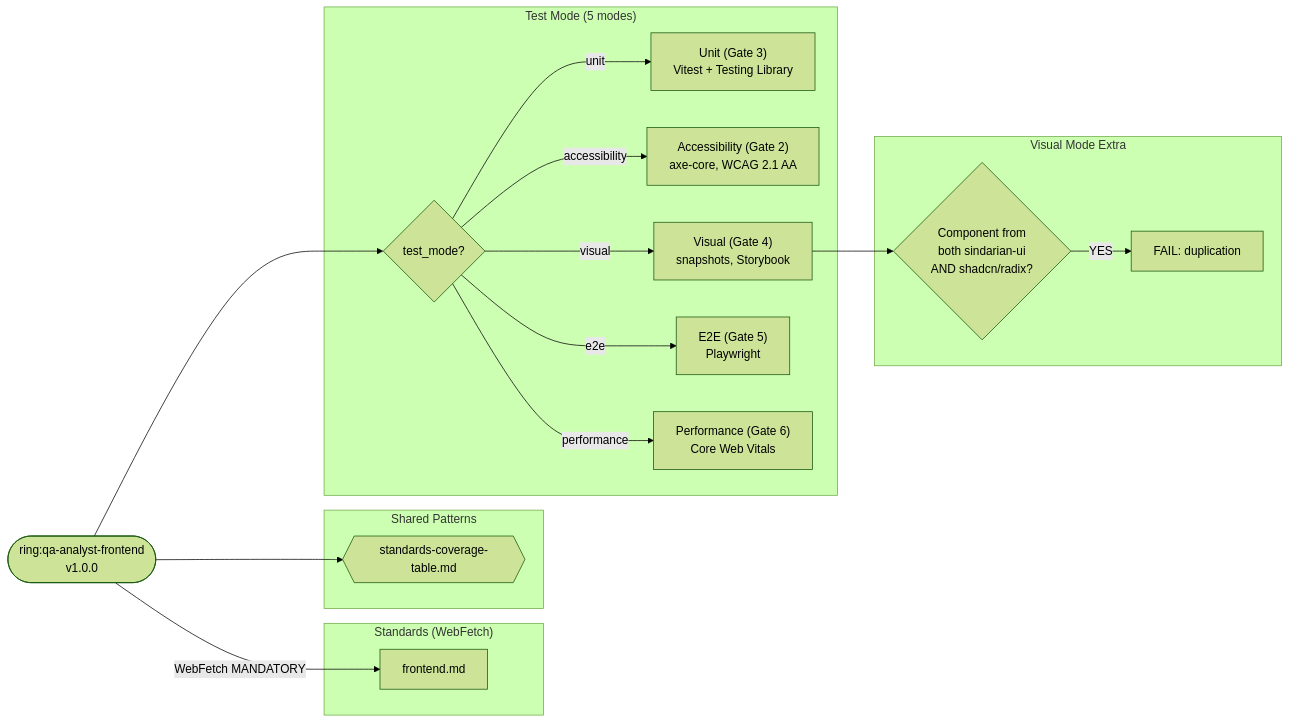
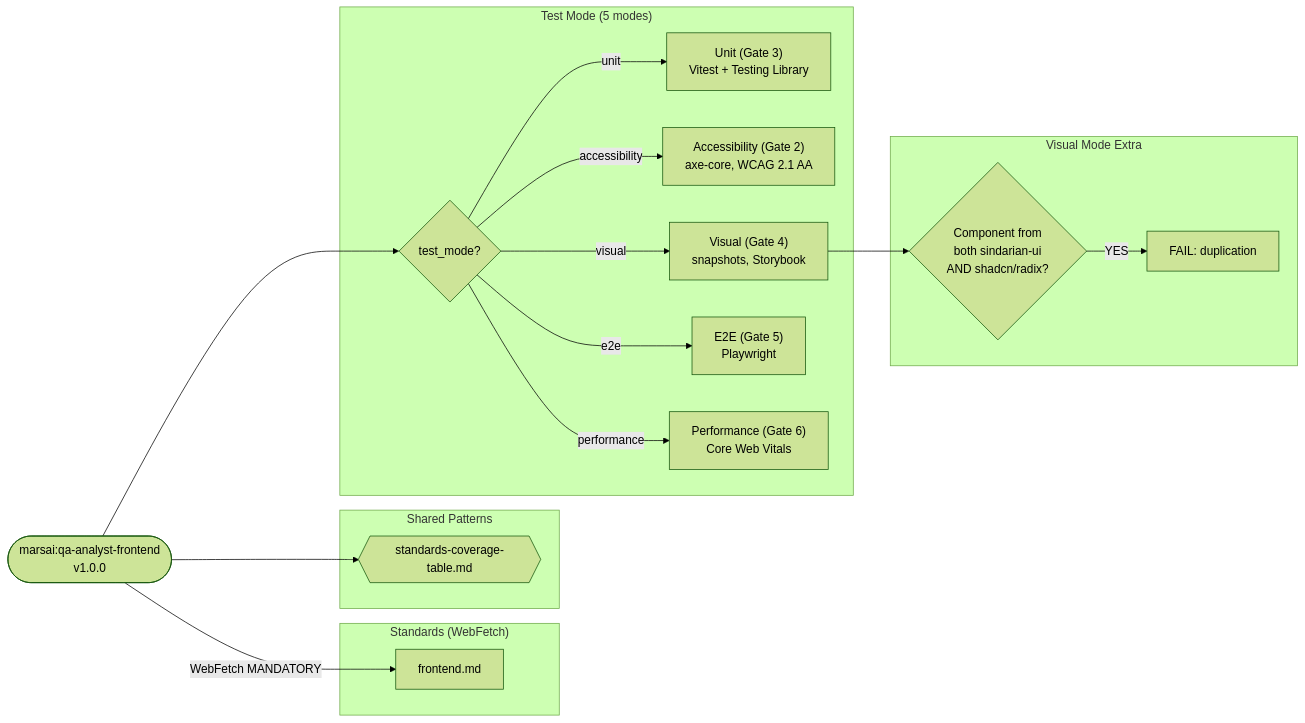
Before and after one commit to rodrigodh/ring: diagram 11 of 21 in dev-team/docs/dependency-diagrams.md, drawn with Mermaid (forest theme). The commit also changed other lines of this file and 203 other files, not shown here.

````diff
--- a/dev-team/docs/dependency-diagrams.md
+++ b/dev-team/docs/dependency-diagrams.md
@@ -519,37 +519,37 @@
 ```mermaid
 flowchart LR
-    agent(["ring:qa-analyst-frontend<br/>v1.0.0"])
+    agent(["marsai:qa-analyst-frontend<br/>v1.0.0"])
 
     subgraph Standards["Standards (WebFetch)"]
         fe["frontend.md"]
     end
 
     subgraph SharedPatterns["Shared Patterns"]
         sct{{"standards-coverage-table.md"}}
     end
 
     subgraph TestModes["Test Mode (5 modes)"]
         mode{"test_mode?"}
         unit["Unit (Gate 3)<br/>Vitest + Testing Library"]
         a11y["Accessibility (Gate 2)<br/>axe-core, WCAG 2.1 AA"]
         visual["Visual (Gate 4)<br/>snapshots, Storybook"]
         e2e["E2E (Gate 5)<br/>Playwright"]
         perf["Performance (Gate 6)<br/>Core Web Vitals"]
     end
 
     subgraph DupCheck["Visual Mode Extra"]
         dup{"Component from<br/>both sindarian-ui<br/>AND shadcn/radix?"}
         fail["FAIL: duplication"]
     end
 
     agent -->|"WebFetch MANDATORY"| fe
     agent --> sct
     agent --> mode
     mode -->|"unit"| unit
     mode -->|"accessibility"| a11y
     mode -->|"visual"| visual
     mode -->|"e2e"| e2e
     mode -->|"performance"| perf
     visual --> dup
     dup -->|"YES"| fail
 ```
````
